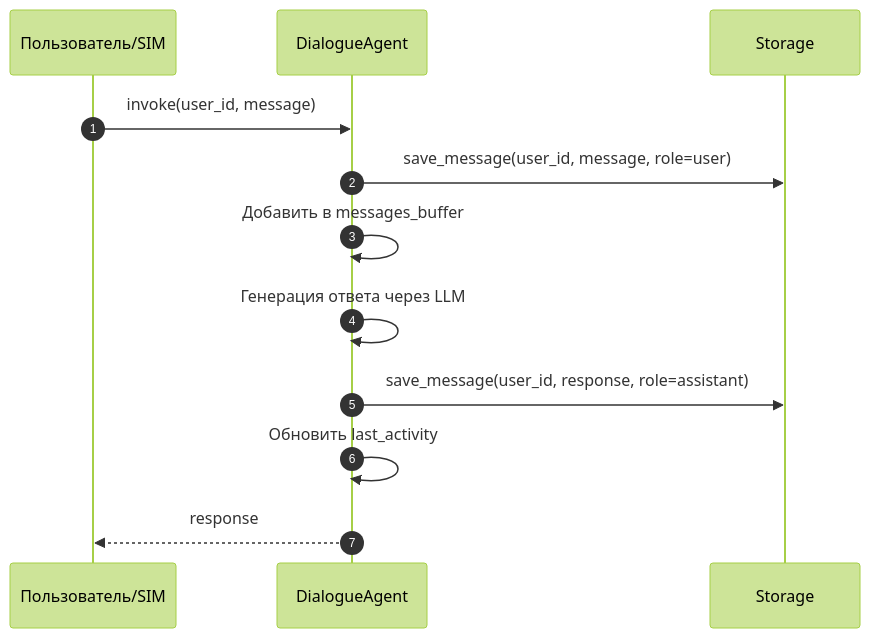
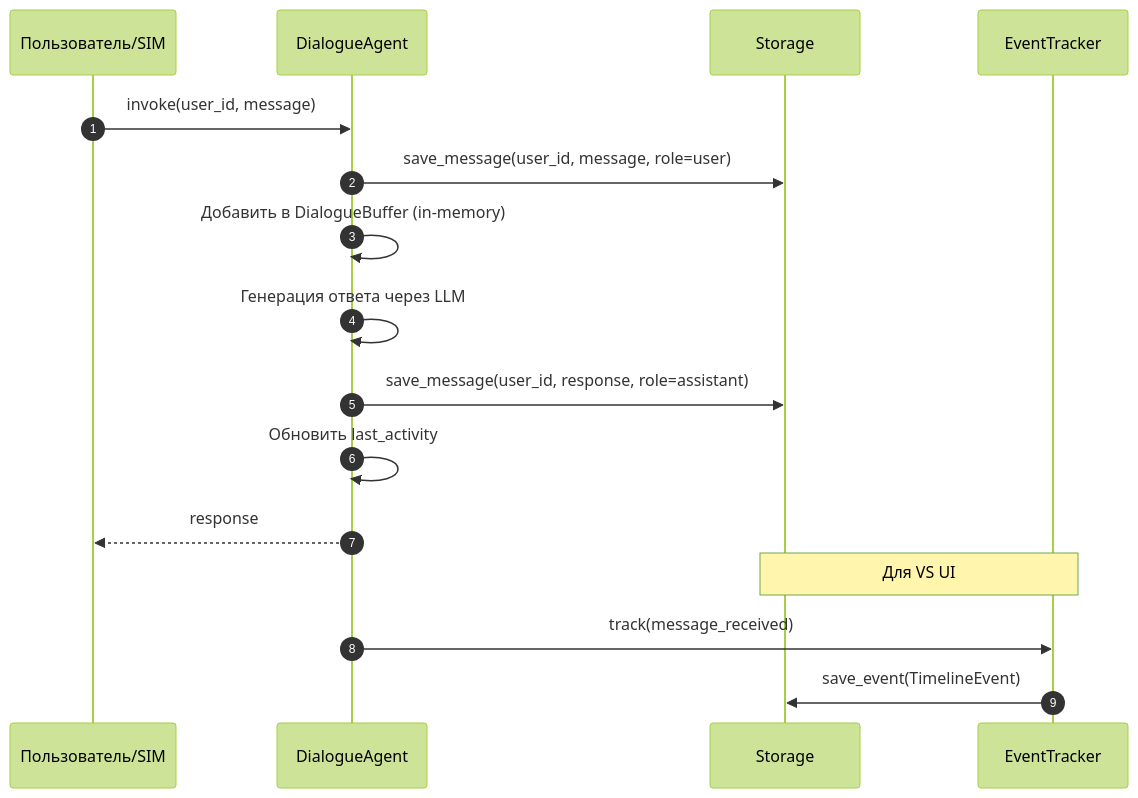
The first of 15 diagrams in 00_docs/architecture/runtime_architecture.md (Dieugene/team-assistant), drawn with Mermaid (forest theme) before and after one commit. The commit also changed other lines of this file, not shown here.

First line of the commit message:
Update runtime architecture

````diff
--- a/00_docs/architecture/runtime_architecture.md
+++ b/00_docs/architecture/runtime_architecture.md
@@ -85,15 +107,20 @@
 ```mermaid
 sequenceDiagram
     autonumber
     participant User as Пользователь/SIM
     participant DA as DialogueAgent
     participant Storage as Storage
+    participant ET as EventTracker
 
     User->>DA: invoke(user_id, message)
     DA->>Storage: save_message(user_id, message, role=user)
-    DA->>DA: Добавить в messages_buffer
+    DA->>DA: Добавить в DialogueBuffer (in-memory)
     DA->>DA: Генерация ответа через LLM
     DA->>Storage: save_message(user_id, response, role=assistant)
     DA->>DA: Обновить last_activity
     DA-->>User: response
+
+    Note over ET,Storage: Для VS UI
+    DA->>ET: track(message_received)
+    ET->>Storage: save_event(TimelineEvent)
 ```
````
